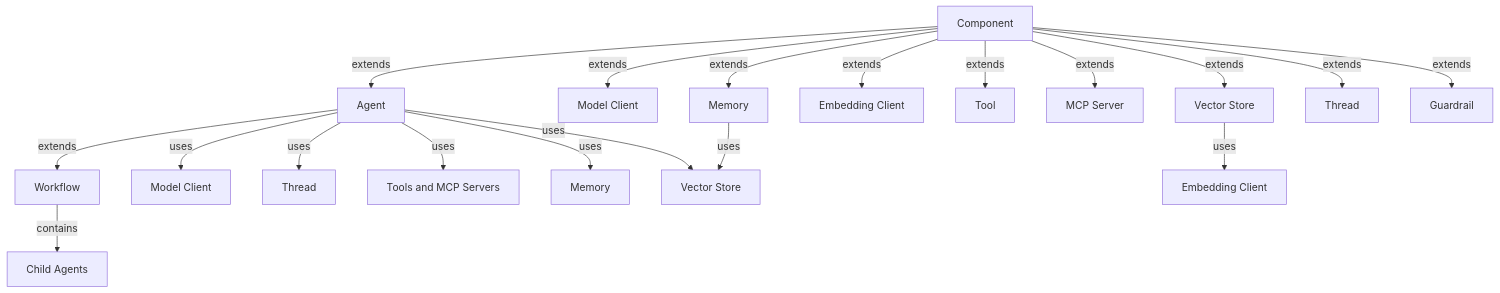
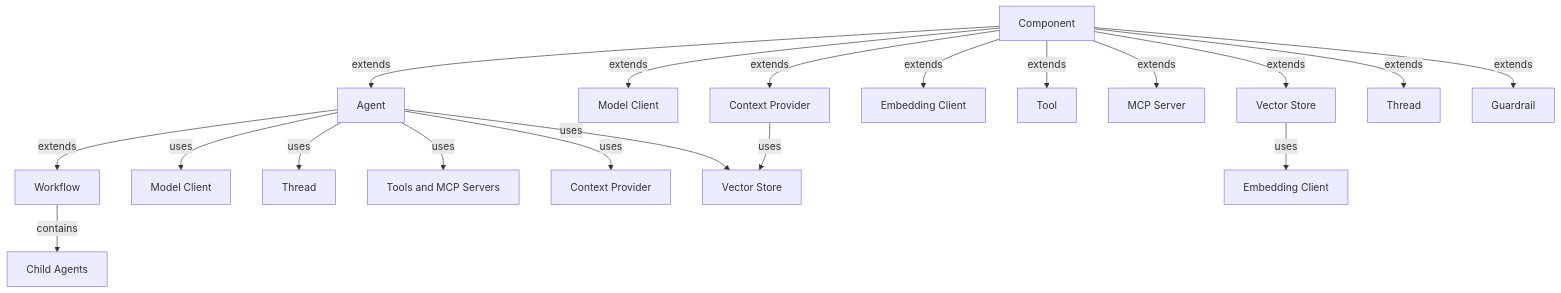
The diagram in docs/design/README.md (westey-m/agent-framework), drawn with Mermaid before and after one commit. The commit also changed other lines of this file and 2 other files, not shown here.

Commit message:
Memory, RAG, and other Context Providers (#54)
* initial draft

* fixes

* fixes

* incorporate reviewer feedback

* Remove attachment of context providers to threads. A separate issue now tracks this design question.

````diff
--- a/docs/design/README.md
+++ b/docs/design/README.md
@@ -63,25 +63,25 @@
 ```mermaid
 graph TD
     Component[Component] --> |extends| Agent[Agent]
     Agent --> |extends| Workflow[Workflow]
     
     Component --> |extends| ModelClient[Model Client]
     Component --> |extends| VectorStore[Vector Store]
     Component --> |extends| EmbeddingClient[Embedding Client]
     Component --> |extends| Tool[Tool]
     Component --> |extends| MCPServer[MCP Server]
-    Component --> |extends| Memory[Memory]
+    Component --> |extends| ContextProvider[Context Provider]
     Component --> |extends| Thread[Thread]
     Component --> |extends| Guardrail[Guardrail]
     
     Agent --> |uses| uses1[Model Client]
     Agent --> |uses| uses2[Thread]
     Agent --> |uses| uses3[Tools and MCP Servers]
-    Agent --> |uses| uses4[Memory]
+    Agent --> |uses| uses4[Context Provider]
     Agent --> |uses| uses5[Guardrail]
     
     Workflow --> |contains| contains[Child Agents]
 
-    Memory --> |uses| uses5[Vector Store]
+    ContextProvider --> |uses| uses5[Vector Store]
     VectorStore --> |uses| uses6[Embedding Client]
 ```
````
